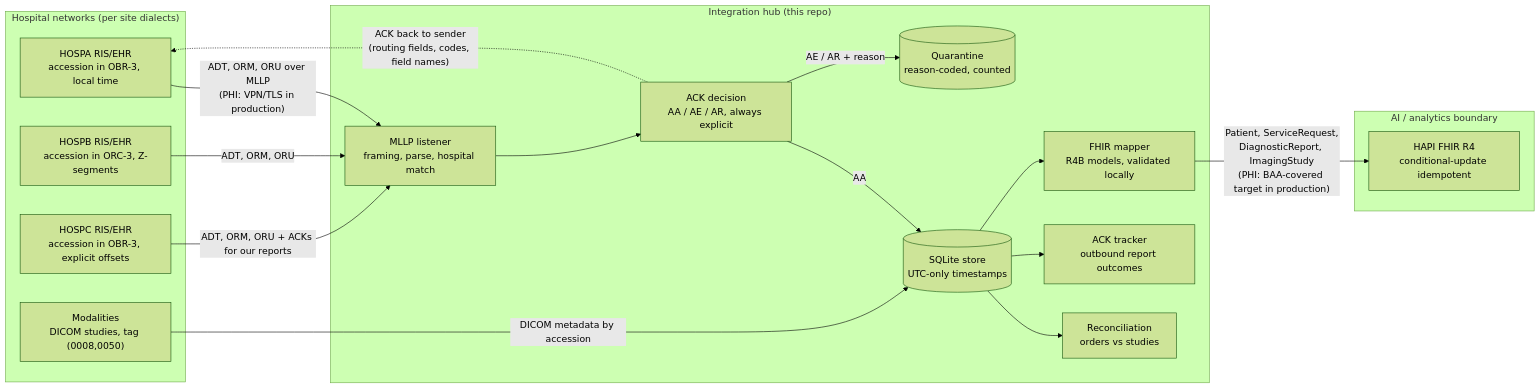
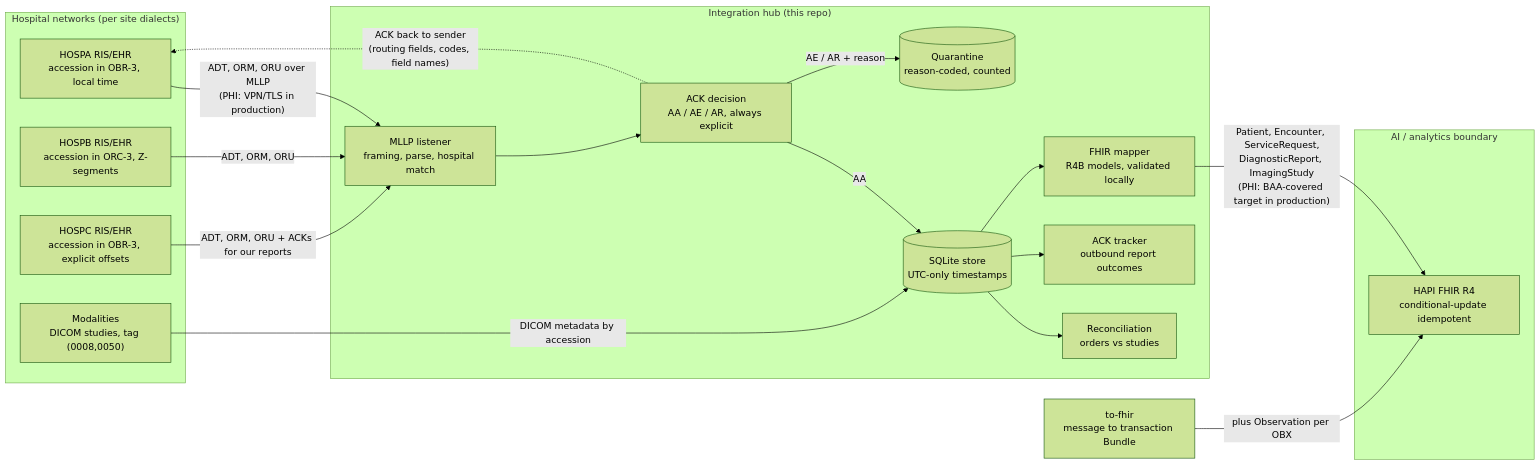
The diagram in README.md (tlo1216/hl7bridge), drawn with Mermaid (forest theme) before and after one commit. The commit also changed other lines of this file and 11 other files, not shown here.

````diff
--- a/README.md
+++ b/README.md
@@ -244,36 +284,37 @@
 ```mermaid
 flowchart LR
     subgraph HOSP["Hospital networks (per site dialects)"]
         RIS_A["HOSPA RIS/EHR<br/>accession in OBR-3, local time"]
         RIS_B["HOSPB RIS/EHR<br/>accession in ORC-3, Z-segments"]
         RIS_C["HOSPC RIS/EHR<br/>accession in OBR-3, explicit offsets"]
         MOD["Modalities<br/>DICOM studies, tag (0008,0050)"]
     end
 
     subgraph HUB["Integration hub (this repo)"]
         MLLP["MLLP listener<br/>framing, parse, hospital match"]
         ACK["ACK decision<br/>AA / AE / AR, always explicit"]
         Q[("Quarantine<br/>reason-coded, counted")]
         DB[("SQLite store<br/>UTC-only timestamps")]
         REC["Reconciliation<br/>orders vs studies"]
         TRK["ACK tracker<br/>outbound report outcomes"]
         MAP["FHIR mapper<br/>R4B models, validated locally"]
     end
 
     subgraph FHIRNET["AI / analytics boundary"]
         HAPI["HAPI FHIR R4<br/>conditional-update idempotent"]
     end
 
     RIS_A -- "ADT, ORM, ORU over MLLP<br/>(PHI: VPN/TLS in production)" --> MLLP
     RIS_B -- "ADT, ORM, ORU" --> MLLP
     RIS_C -- "ADT, ORM, ORU + ACKs for our reports" --> MLLP
     MOD -- "DICOM metadata by accession" --> DB
     MLLP --> ACK
     ACK -- "AA" --> DB
     ACK -- "AE / AR + reason" --> Q
     ACK -. "ACK back to sender<br/>(routing fields, codes, field names)" .-> RIS_A
     DB --> REC
     DB --> TRK
     DB --> MAP
-    MAP -- "Patient, ServiceRequest,<br/>DiagnosticReport, ImagingStudy<br/>(PHI: BAA-covered target in production)" --> HAPI
+    MAP -- "Patient, Encounter, ServiceRequest,<br/>DiagnosticReport, ImagingStudy<br/>(PHI: BAA-covered target in production)" --> HAPI
+    V2F["to-fhir<br/>message to transaction Bundle"] -- "plus Observation per OBX" --> HAPI
 ```
````
